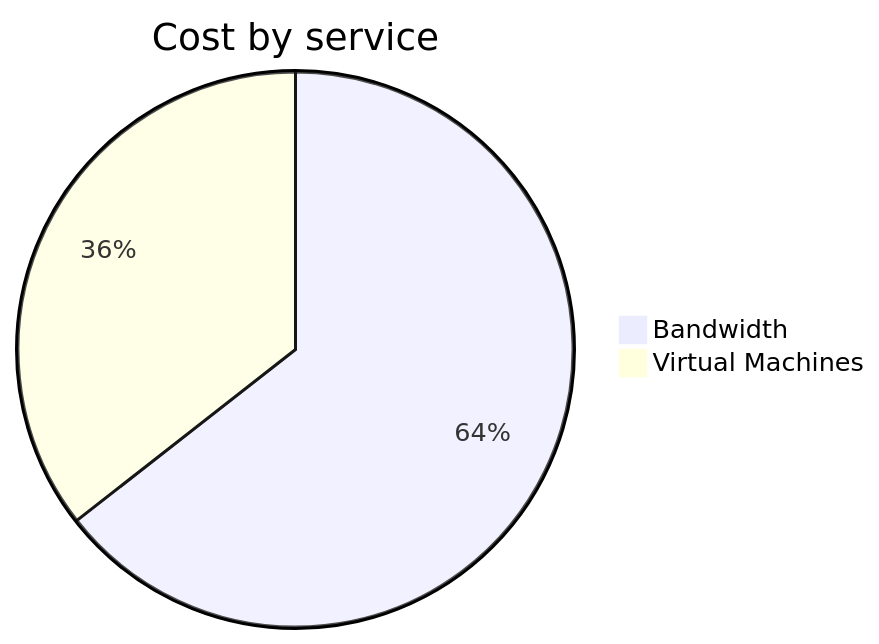
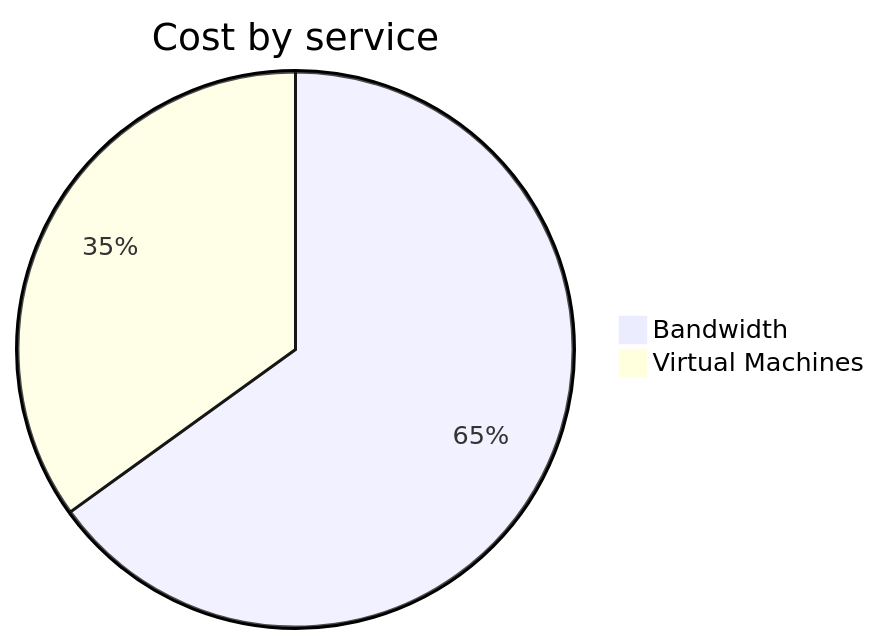
The second of 4 diagrams in cost-reports/personal-network/vpn-server.md (jpfulton/azure-personal-reports), drawn with Mermaid before and after one commit. The commit also changed other lines of this file and 9 other files, not shown here.

````diff
--- a/cost-reports/personal-network/vpn-server.md
+++ b/cost-reports/personal-network/vpn-server.md
@@ -66,6 +66,6 @@
 ```mermaid
 pie
    title Cost by service
-   "Bandwidth" : 4.53
-   "Virtual Machines" : 2.50
+   "Bandwidth" : 4.97
+   "Virtual Machines" : 2.67
 ```
````
